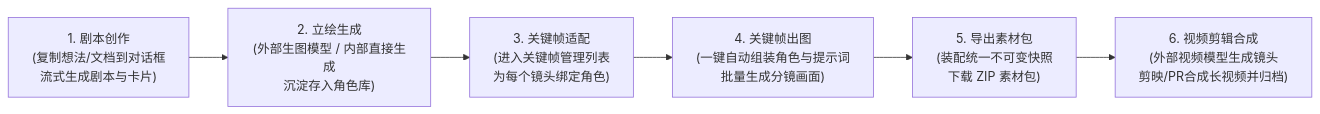
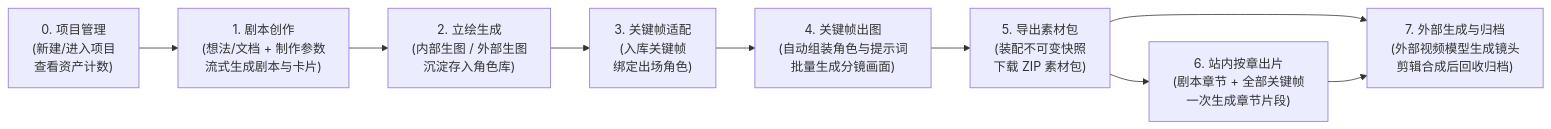
The second of 2 diagrams in readme/STORY.md (mxr-vector/mxr-multi-agent-service), drawn with Mermaid before and after one commit. The commit also changed other lines of this file and 9 other files, not shown here.

````diff
--- a/readme/STORY.md
+++ b/readme/STORY.md
@@ -74,8 +84,11 @@
 ```mermaid
 flowchart LR
-    Step1["1. 剧本创作<br/>(复制想法/文档到对话框<br/>流式生成剧本与卡片)"] --> Step2["2. 立绘生成<br/>(外部生图模型 / 内部直接生成<br/>沉淀存入角色库)"]
-    Step2 --> Step3["3. 关键帧适配<br/>(进入关键帧管理列表<br/>为每个镜头绑定角色)"]
-    Step3 --> Step4["4. 关键帧出图<br/>(一键自动组装角色与提示词<br/>批量生成分镜画面)"]
-    Step4 --> Step5["5. 导出素材包<br/>(装配统一不可变快照<br/>下载 ZIP 素材包)"]
-    Step5 --> Step6["6. 视频剪辑合成<br/>(外部视频模型生成镜头<br/>剪映/PR合成长视频并归档)"]
+    Step0["0. 项目管理<br/>(新建/进入项目<br/>查看资产计数)"] --> Step1["1. 剧本创作<br/>(想法/文档 + 制作参数<br/>流式生成剧本与卡片)"]
+    Step1 --> Step2["2. 立绘生成<br/>(内部生图 / 外部生图<br/>沉淀存入角色库)"]
+    Step2 --> Step3["3. 关键帧适配<br/>(入库关键帧<br/>绑定出场角色)"]
+    Step3 --> Step4["4. 关键帧出图<br/>(自动组装角色与提示词<br/>批量生成分镜画面)"]
+    Step4 --> Step5["5. 导出素材包<br/>(装配不可变快照<br/>下载 ZIP 素材包)"]
+    Step5 --> Step6["6. 站内按章出片<br/>(剧本章节 + 全部关键帧<br/>一次生成章节片段)"]
+    Step5 --> Step7["7. 外部生成与归档<br/>(外部视频模型生成镜头<br/>剪辑合成后回收归档)"]
+    Step6 --> Step7
 ```
````
